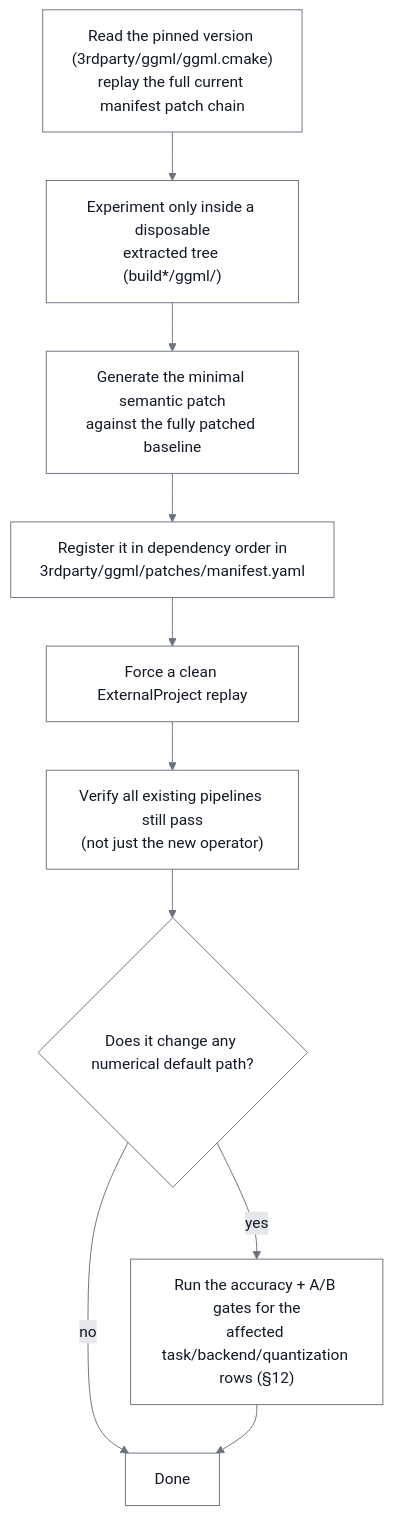
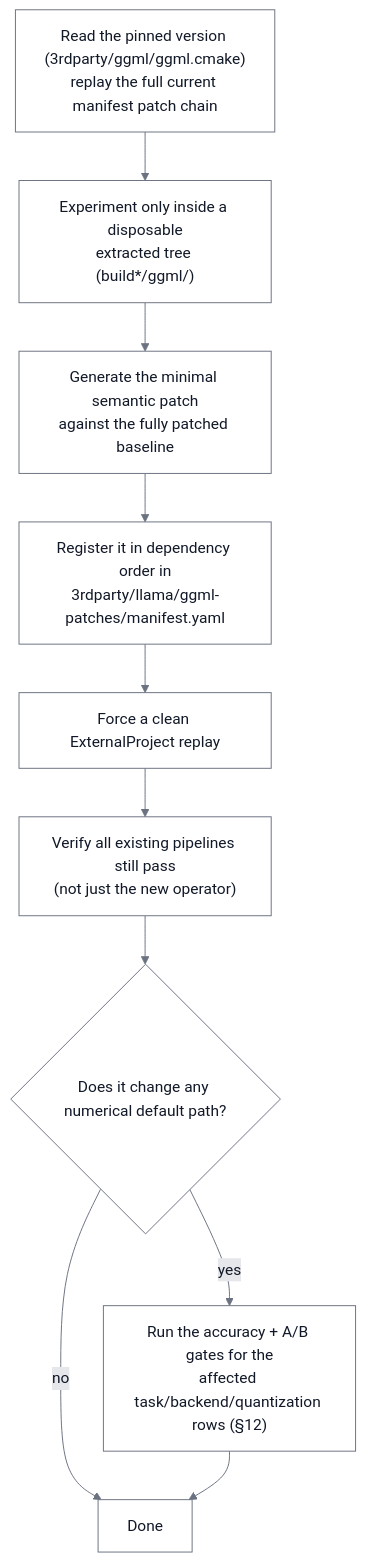
One commit to Asher-1/ACloudViewer changed the seventh of 8 diagrams in core/AICore/docs/ARCHITECTURE.md. Above: the diagram before and after it, drawn with Mermaid. The commit also changed other lines of this file and 379 other files, not shown here.

Commit message:
import llama support and replace ggml with llama

````diff
--- a/core/AICore/docs/ARCHITECTURE.md
+++ b/core/AICore/docs/ARCHITECTURE.md
@@ -633,13 +633,13 @@
 ```mermaid
 %%{init: {"theme":"base","themeVariables":{"primaryColor":"#ffffff","primaryTextColor":"#111827","primaryBorderColor":"#6b7280","secondaryColor":"#f3f4f6","tertiaryColor":"#e5e7eb","mainBkg":"#ffffff","nodeBorder":"#6b7280","textColor":"#111827","titleColor":"#111827","lineColor":"#6b7280","clusterBkg":"#f3f4f6","clusterBorder":"#9ca3af","edgeLabelBackground":"#e5e7eb","labelBoxBkgColor":"#e5e7eb","labelTextColor":"#111827","noteBkgColor":"#fef3c7","noteTextColor":"#111827","noteBorderColor":"#a16207","actorBkg":"#ffffff","actorTextColor":"#111827","actorBorder":"#6b7280","actorLineColor":"#9ca3af","signalColor":"#6b7280","signalTextColor":"#6b7280","sequenceNumberColor":"#ffffff","loopTextColor":"#111827","activationBkgColor":"#f3f4f6","activationBorderColor":"#6b7280"},"themeCSS":".edgeLabel span, .edgeLabel p, .edgeLabel .labelText, .labelText { color: #111827 !important; fill: #111827 !important; }"}}%%
 flowchart TB
     A["Read the pinned version (3rdparty/ggml/ggml.cmake)<br/>replay the full current manifest patch chain"] --> B["Experiment only inside a disposable<br/>extracted tree (build*/ggml/)"]
     B --> C["Generate the minimal semantic patch<br/>against the fully patched baseline"]
-    C --> D["Register it in dependency order in<br/>3rdparty/ggml/patches/manifest.yaml"]
+    C --> D["Register it in dependency order in<br/>3rdparty/llama/ggml-patches/manifest.yaml"]
     D --> E["Force a clean ExternalProject replay"]
     E --> F["Verify all existing pipelines still pass<br/>(not just the new operator)"]
     F --> G{"Does it change any numerical default path?"}
     G -->|yes| H["Run the accuracy + A/B gates for the<br/>affected task/backend/quantization rows (§12)"]
     G -->|no| I["Done"]
     H --> I
 ```
````
